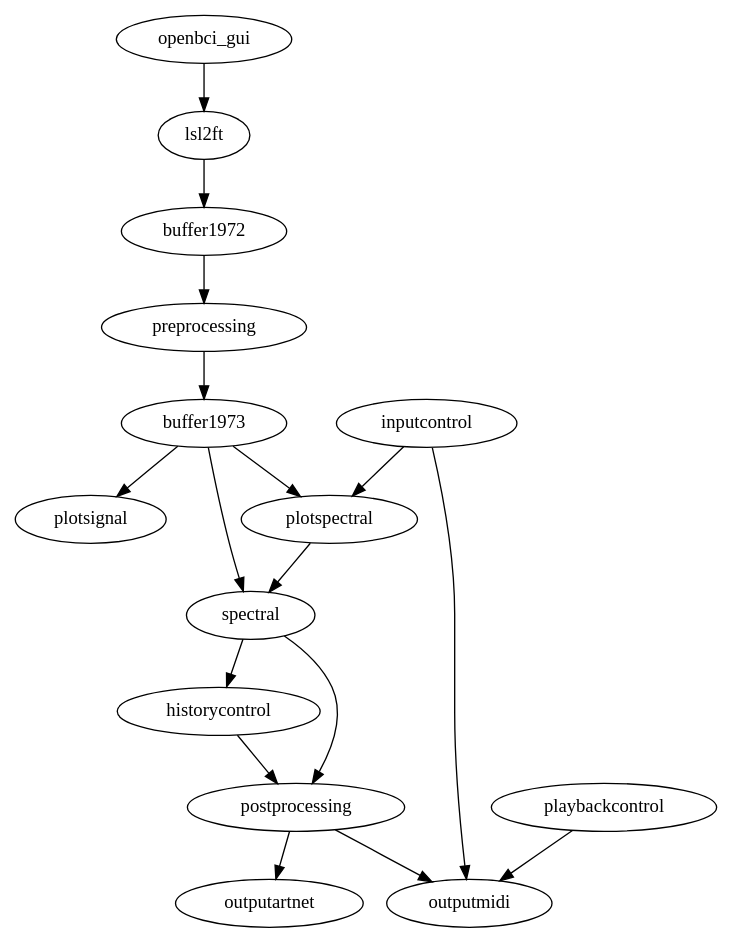
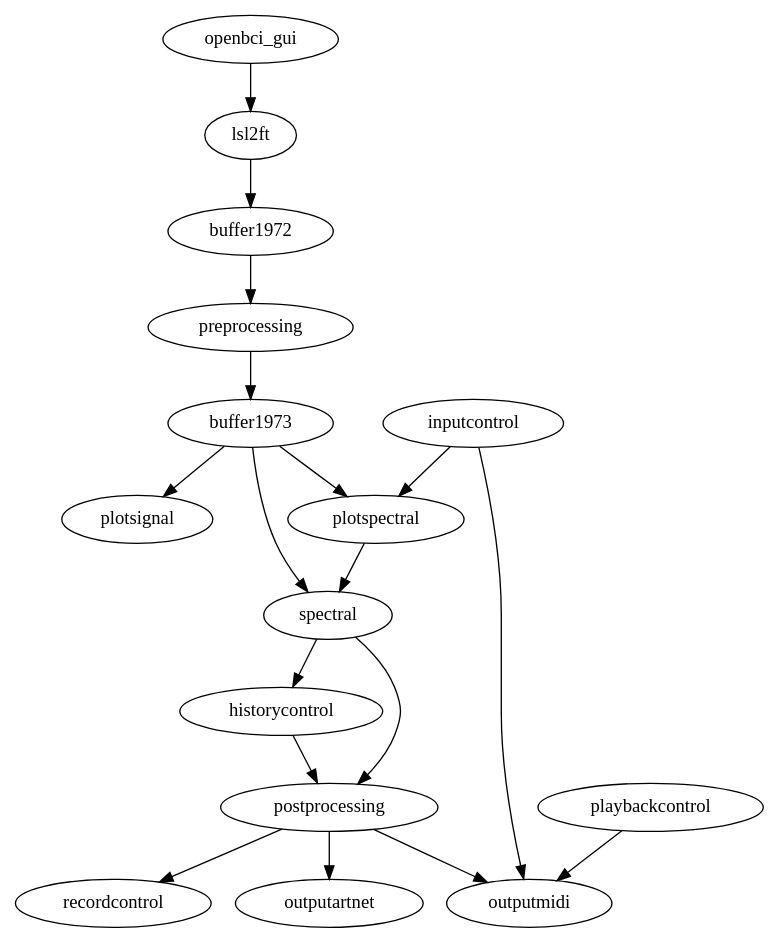
Before and after one commit to eegsynth/eegsynth: the diagram in patches/karlstad/patch.dot, drawn with Graphviz. The commit also changed 5 other files, not shown here.

```diff
--- a/patches/karlstad/patch.dot
+++ b/patches/karlstad/patch.dot
@@ -1,19 +1,20 @@
 # To convert this into a bitmap representation, do this
 #   dot -Tpng -o patch.png patch.dot
 #
 digraph {
   openbci_gui -> lsl2ft;
   lsl2ft -> buffer1972 -> preprocessing -> buffer1973;
   buffer1973 -> plotsignal;
   buffer1973 -> plotspectral;
   buffer1973 -> spectral;
   inputcontrol -> plotspectral;
   plotspectral -> spectral;
   inputcontrol -> outputmidi;
   spectral -> historycontrol;
   spectral -> postprocessing;
   historycontrol -> postprocessing;
   playbackcontrol -> outputmidi;
+  postprocessing -> recordcontrol;
   postprocessing -> outputmidi;
   postprocessing -> outputartnet;
 }
```
